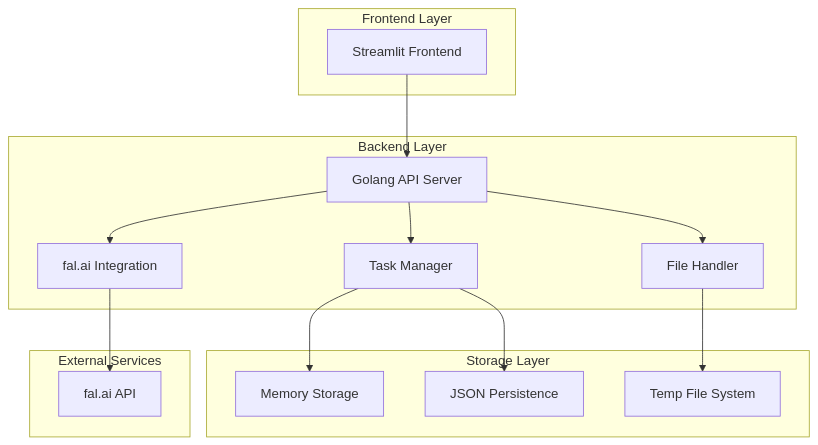
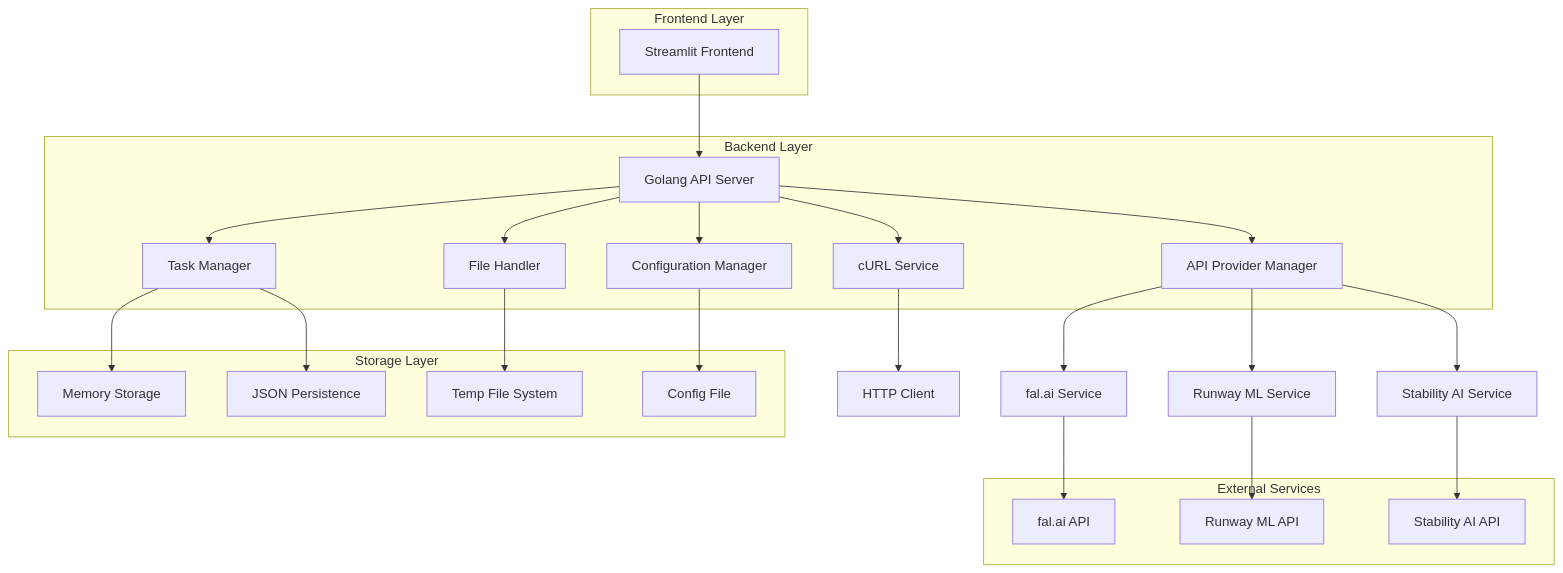
The first of 3 diagrams in .trae/documents/genVideoSub_技術架構文檔.md (dominantculture2024/genVideoSub), drawn with Mermaid before and after one commit. The commit also changed other lines of this file and 30 other files, not shown here.

Commit message:
feat: Add production mode with Go backend, API provider management, and cURL integration

````diff
--- a/.trae/documents/genVideoSub_技術架構文檔.md
+++ b/.trae/documents/genVideoSub_技術架構文檔.md
@@ -5,33 +7,48 @@
 ```mermaid
 graph TD
     A[Streamlit Frontend] --> B[Golang API Server]
     B --> C[Task Manager]
     B --> D[File Handler]
-    B --> E[fal.ai Integration]
+    B --> E[API Provider Manager]
+    B --> F[cURL Service]
+    B --> G[Configuration Manager]
     
-    C --> F[Memory Storage]
-    C --> G[JSON Persistence]
-    D --> H[Temp File System]
-    E --> I[fal.ai API]
+    C --> H[Memory Storage]
+    C --> I[JSON Persistence]
+    D --> J[Temp File System]
+    E --> K[fal.ai Service]
+    E --> L[Runway ML Service]
+    E --> M[Stability AI Service]
+    F --> N[HTTP Client]
+    G --> O[Config File]
+    
+    K --> P[fal.ai API]
+    L --> Q[Runway ML API]
+    M --> R[Stability AI API]
     
     subgraph "Frontend Layer"
         A
     end
     
     subgraph "Backend Layer"
         B
         C
         D
         E
+        F
+        G
     end
     
     subgraph "Storage Layer"
-        F
-        G
         H
+        I
+        J
+        O
     end
     
     subgraph "External Services"
-        I
+        P
+        Q
+        R
     end
 ```
````
